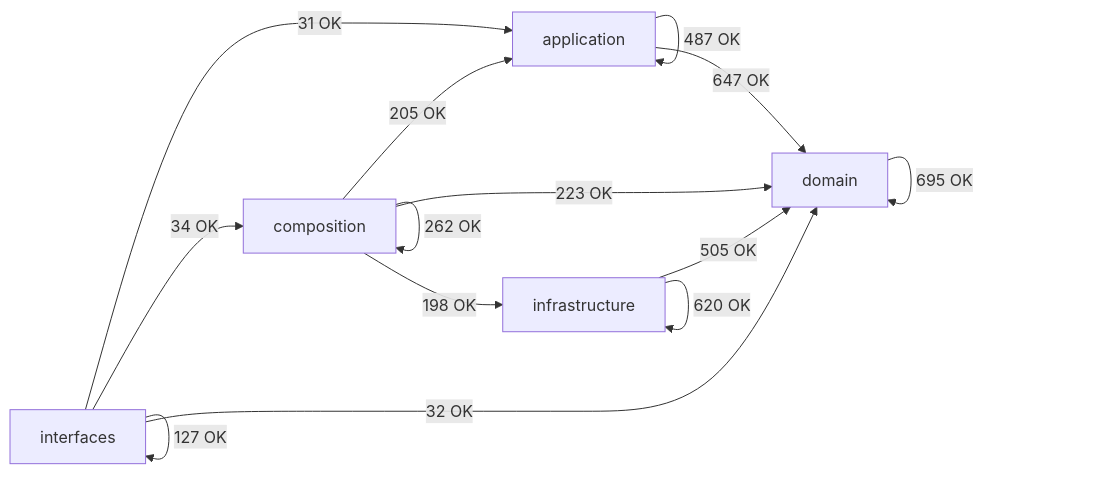
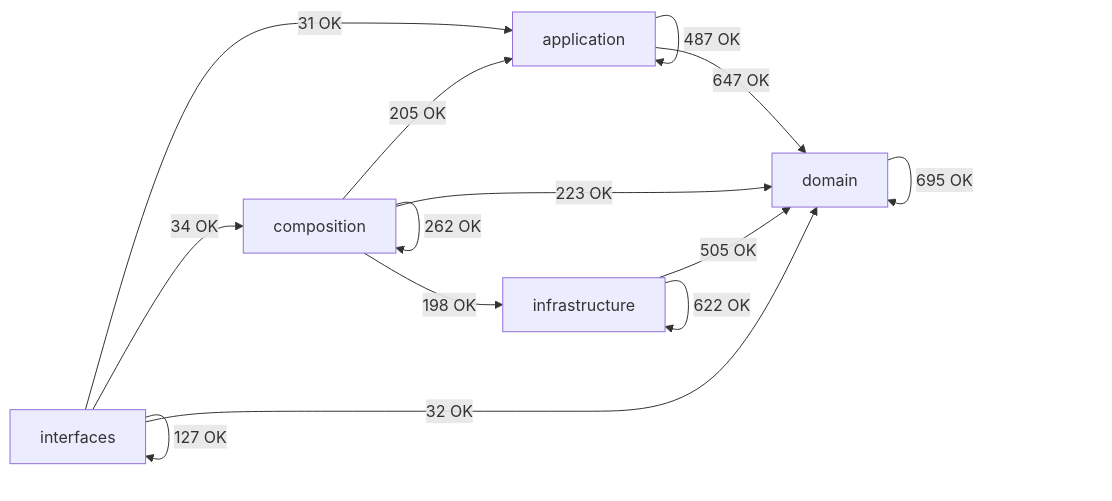
One commit to SatoryKono/BioactivityDataAcquisition changed the diagram in docs/02-architecture/generated/module-dependency-map.md. Above: the diagram before and after it, drawn with Mermaid. The commit also changed other lines of this file and 10 other files, not shown here.

First line of the commit message:
fix: resolve test failures across architecture and unit tests

````diff
--- a/docs/02-architecture/generated/module-dependency-map.md
+++ b/docs/02-architecture/generated/module-dependency-map.md
@@ -16,21 +16,21 @@
 ```mermaid
 flowchart LR
     domain[domain]
     application[application]
     infrastructure[infrastructure]
     composition[composition]
     interfaces[interfaces]
     application -->|487 OK| application
     application -->|647 OK| domain
     composition -->|205 OK| application
     composition -->|262 OK| composition
     composition -->|223 OK| domain
     composition -->|198 OK| infrastructure
     domain -->|695 OK| domain
     infrastructure -->|505 OK| domain
-    infrastructure -->|620 OK| infrastructure
+    infrastructure -->|622 OK| infrastructure
     interfaces -->|31 OK| application
     interfaces -->|34 OK| composition
     interfaces -->|32 OK| domain
     interfaces -->|127 OK| interfaces
 ```
````
